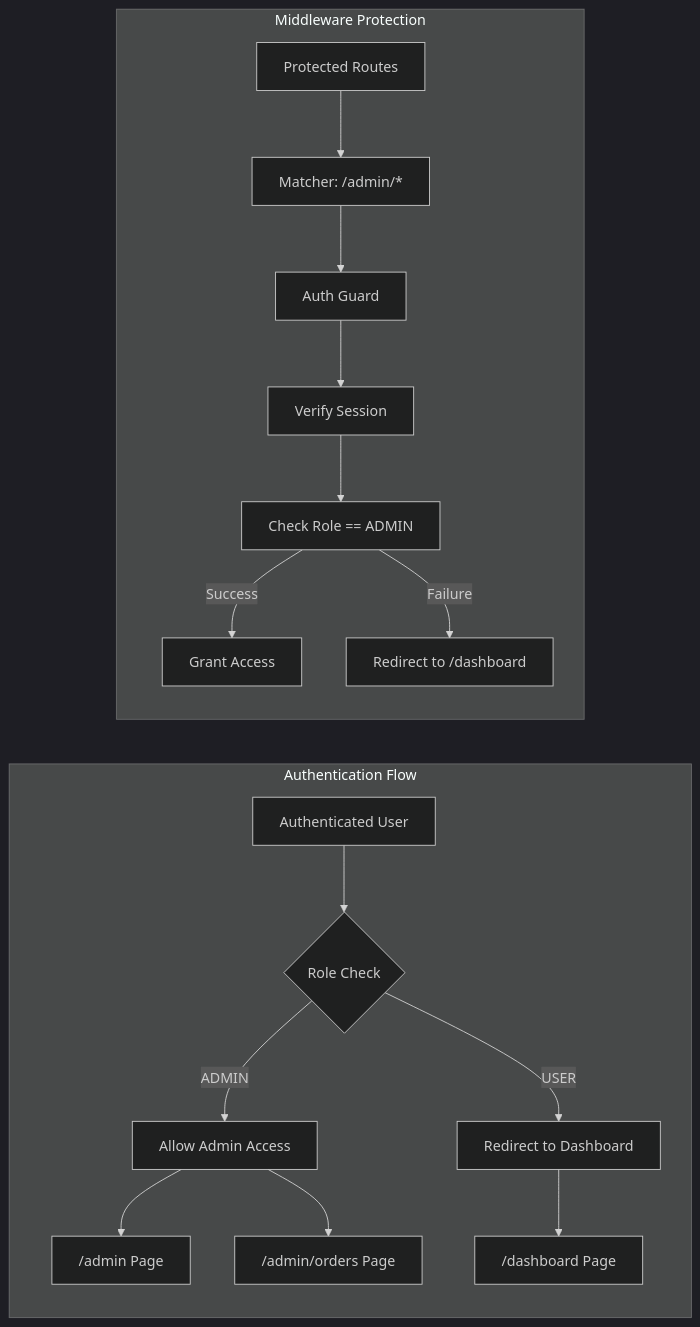
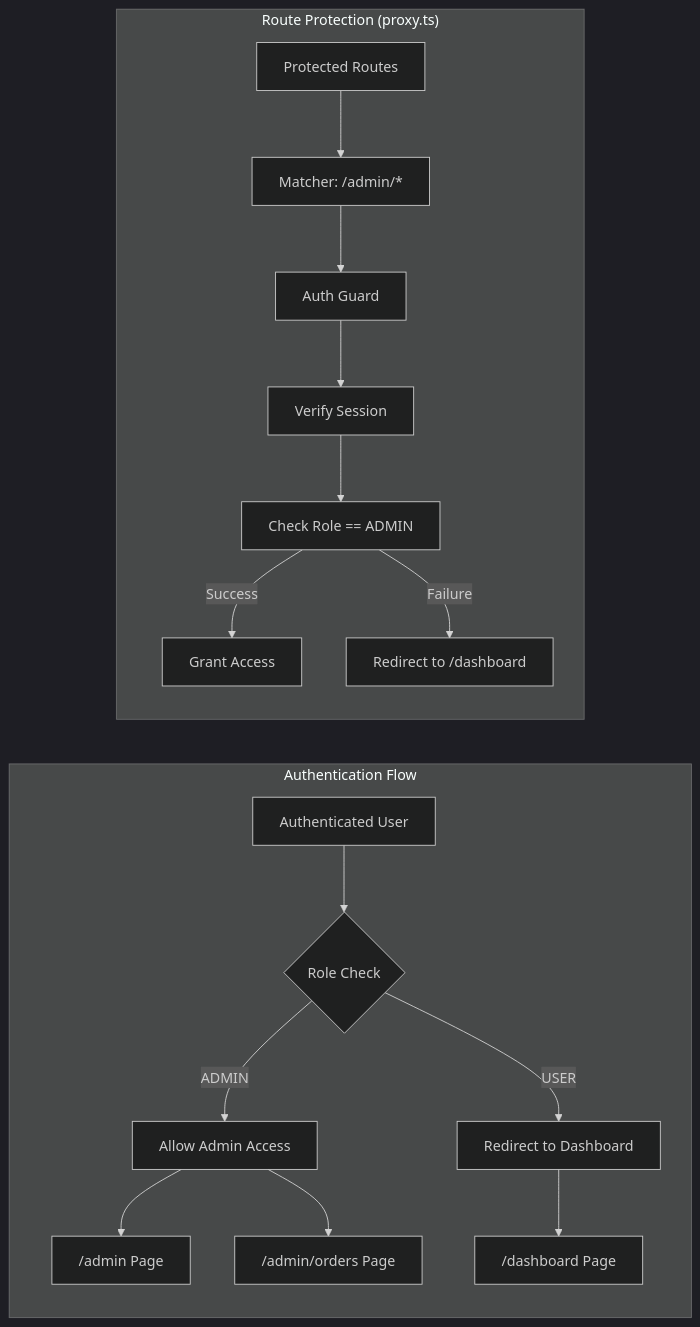
One commit to Crowdspender/titchybooks-app changed the fifth of 7 diagrams in .qoder/repowiki/en/content/Administrative Features/Admin Dashboard Interface.md. Above: the diagram before and after it, drawn with Mermaid (dark theme). The commit also changed other lines of this file and 23 other files, not shown here.

````diff
--- a/.qoder/repowiki/en/content/Administrative Features/Admin Dashboard Interface.md
+++ b/.qoder/repowiki/en/content/Administrative Features/Admin Dashboard Interface.md
@@ -260,19 +260,19 @@
 ```mermaid
 flowchart LR
 subgraph "Authentication Flow"
 User["Authenticated User"] --> CheckRole{"Role Check"}
 CheckRole --> |ADMIN| AllowAccess["Allow Admin Access"]
 CheckRole --> |USER| DenyAccess["Redirect to Dashboard"]
 AllowAccess --> AdminPage["/admin Page"]
 AllowAccess --> OrdersPage["/admin/orders Page"]
 DenyAccess --> Dashboard["/dashboard Page"]
 end
-subgraph "Middleware Protection"
+subgraph "Route Protection (proxy.ts)"
 Route["Protected Routes"] --> Matcher["Matcher: /admin/*"]
 Matcher --> AuthGuard["Auth Guard"]
 AuthGuard --> Session["Verify Session"]
 Session --> RoleCheck["Check Role == ADMIN"]
 RoleCheck --> |Success| Access["Grant Access"]
 RoleCheck --> |Failure| Redirect["Redirect to /dashboard"]
 end
 ```
````
